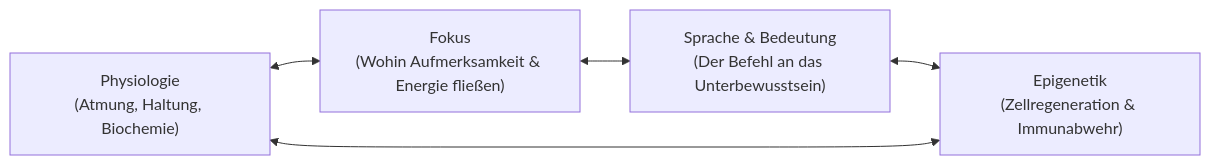
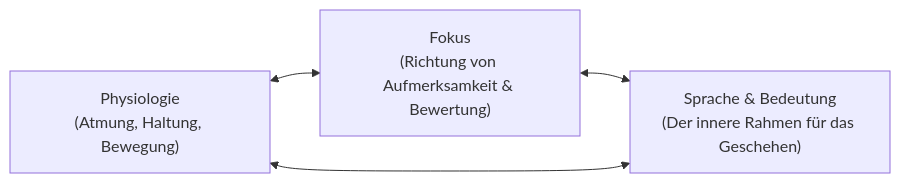
The diagram in content/blog/das-fundament-und-der-glaube.mdx (frankxai/frankx.ai-vercel-website), drawn with Mermaid before and after one commit. The commit also changed other lines of this file and 16 other files, not shown here.

````diff
--- a/content/blog/das-fundament-und-der-glaube.mdx
+++ b/content/blog/das-fundament-und-der-glaube.mdx
@@ -81,7 +109,6 @@
 ```mermaid
 flowchart LR
-    A["Physiologie\n(Atmung, Haltung, Biochemie)"] <--> B["Fokus\n(Wohin Aufmerksamkeit & Energie fließen)"]
-    B <--> C["Sprache & Bedeutung\n(Der Befehl an das Unterbewusstsein)"]
-    C <--> D["Epigenetik\n(Zellregeneration & Immunabwehr)"]
-    D <--> A
+    A["Physiologie\n(Atmung, Haltung, Bewegung)"] <--> B["Fokus\n(Richtung von Aufmerksamkeit & Bewertung)"]
+    B <--> C["Sprache & Bedeutung\n(Der innere Rahmen für das Geschehen)"]
+    C <--> A
 ```
````
